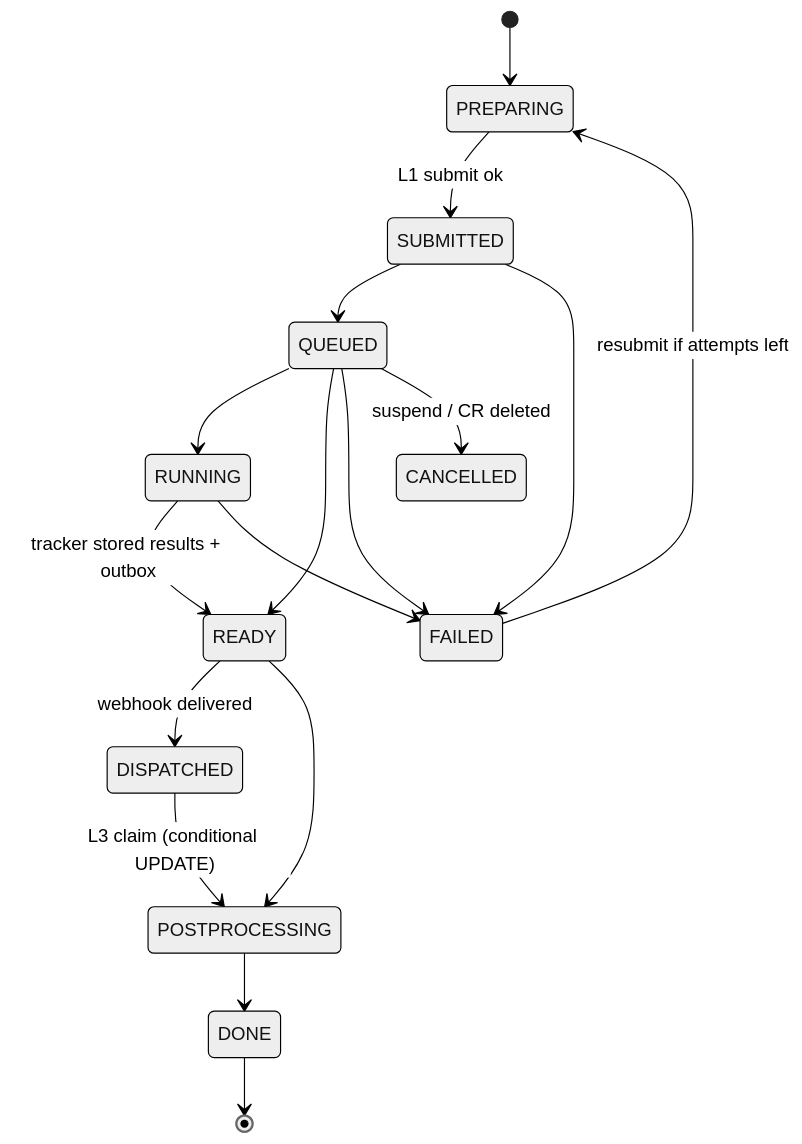
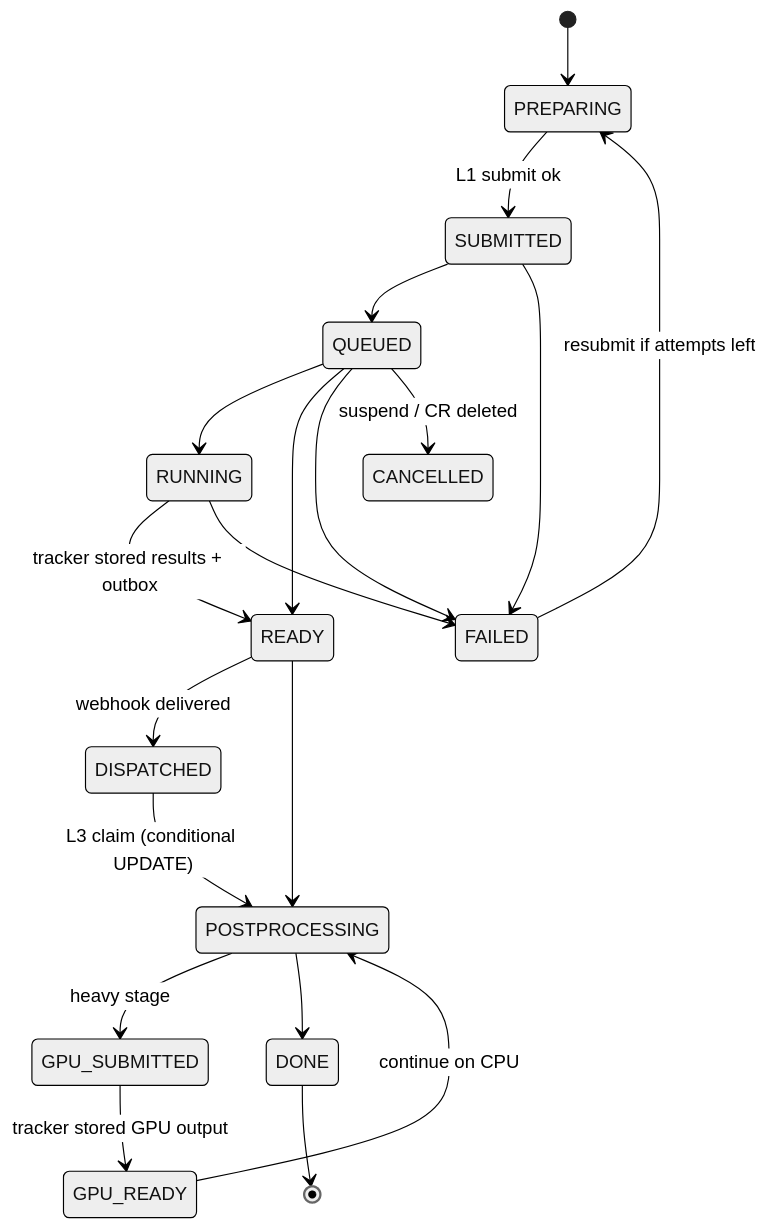
The third of 3 diagrams in docs/ARCHITECTURE.md (michael-attias123/QuantumOps), drawn with Mermaid (neutral theme) before and after one commit. The commit also changed other lines of this file and 2 other files, not shown here.

First line of the commit message:
docs: move to always-on OCI free cluster and Kaggle remote GPU

````diff
--- a/docs/ARCHITECTURE.md
+++ b/docs/ARCHITECTURE.md
@@ -251,19 +265,22 @@
 ```mermaid
 stateDiagram-v2
   [*] --> PREPARING
   PREPARING --> SUBMITTED: L1 submit ok
   SUBMITTED --> QUEUED
   QUEUED --> RUNNING
   RUNNING --> READY: tracker stored results + outbox
   QUEUED --> READY
   READY --> DISPATCHED: webhook delivered
   DISPATCHED --> POSTPROCESSING: L3 claim (conditional UPDATE)
   READY --> POSTPROCESSING
+  POSTPROCESSING --> GPU_SUBMITTED: heavy stage
+  GPU_SUBMITTED --> GPU_READY: tracker stored GPU output
+  GPU_READY --> POSTPROCESSING: continue on CPU
   POSTPROCESSING --> DONE
   SUBMITTED --> FAILED
   QUEUED --> FAILED
   RUNNING --> FAILED
   FAILED --> PREPARING: resubmit if attempts left
   QUEUED --> CANCELLED: suspend / CR deleted
   DONE --> [*]
 ```
````
